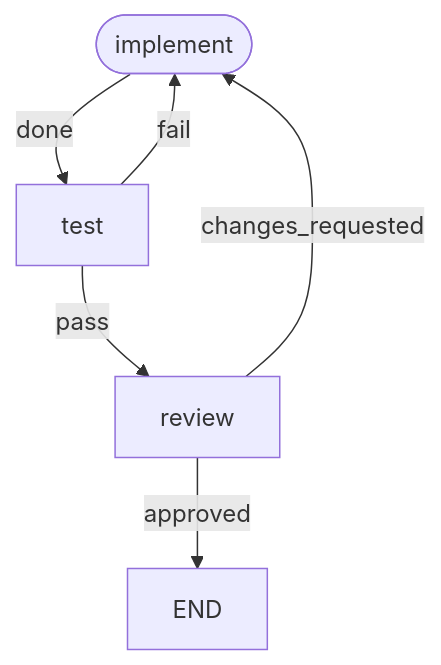
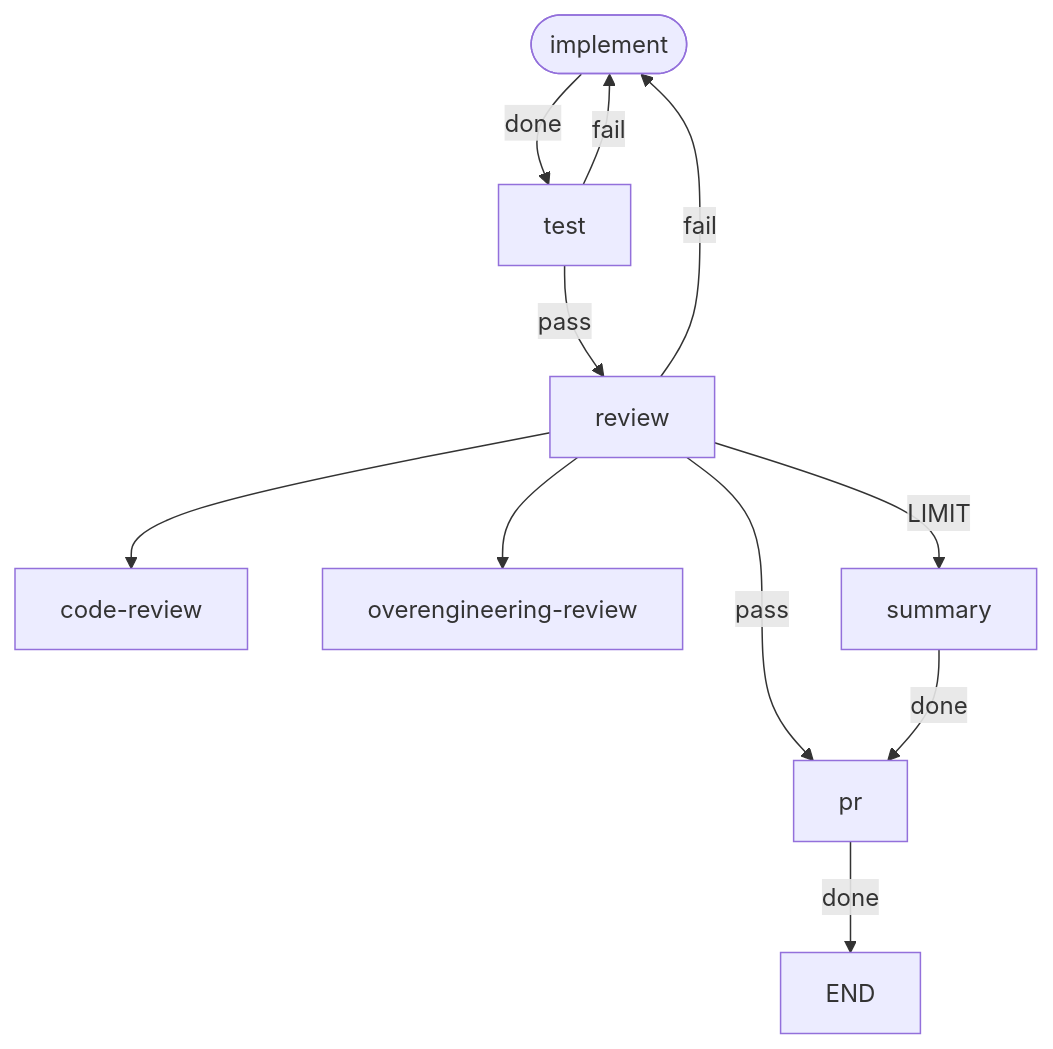
One commit to sylmarien/workgraph changed the diagram in README.md. Above: the diagram before and after it, drawn with Mermaid. The commit also changed other lines of this file and 11 other files, not shown here.

````diff
--- a/README.md
+++ b/README.md
@@ -11,9 +11,14 @@
 ```mermaid
 flowchart TD
     implement([implement])
     implement -->|done| test
     test -->|pass| review
     test -->|fail| implement
-    review -->|approved| END
-    review -->|changes_requested| implement
+    review --> code-review
+    review --> overengineering-review
+    review -->|pass| pr
+    review -->|fail| implement
+    review -->|LIMIT| summary
+    summary -->|done| pr
+    pr -->|done| END
 ```
````
